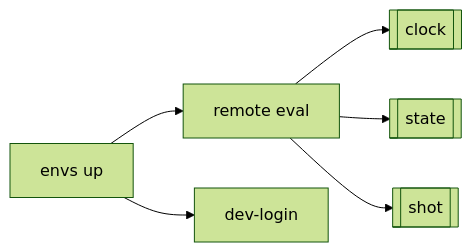
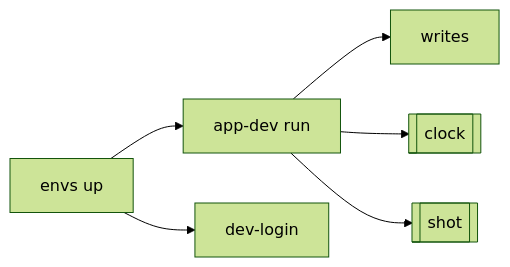
Before and after one commit to Scorbutics/agentic-toolsmith: the first of 2 diagrams in skills/toolsmith/references/map-template.md, drawn with Mermaid (forest theme). The commit also changed other lines of this file and 19 other files, not shown here.

````diff
--- a/skills/toolsmith/references/map-template.md
+++ b/skills/toolsmith/references/map-template.md
@@ -187,6 +245,6 @@
 ```mermaid
 flowchart LR
-  envs[envs up] --> eval[remote eval]
+  envs[envs up] --> run[app-dev run]
   envs --> login[dev-login]
-  eval --> clock[[clock]] & state[[state]] & shot[[shot]]
+  run --> writes[writes] & clock[[clock]] & shot[[shot]]
 ```
````
